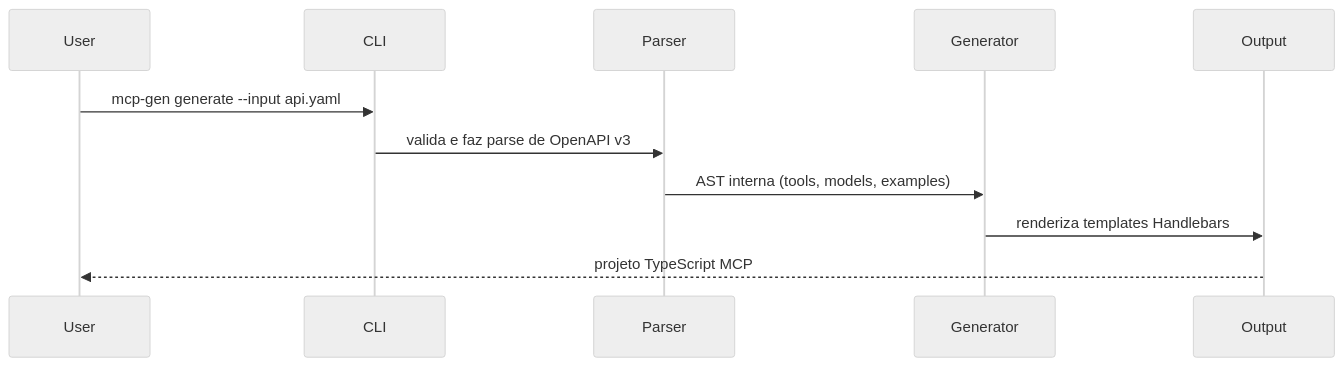
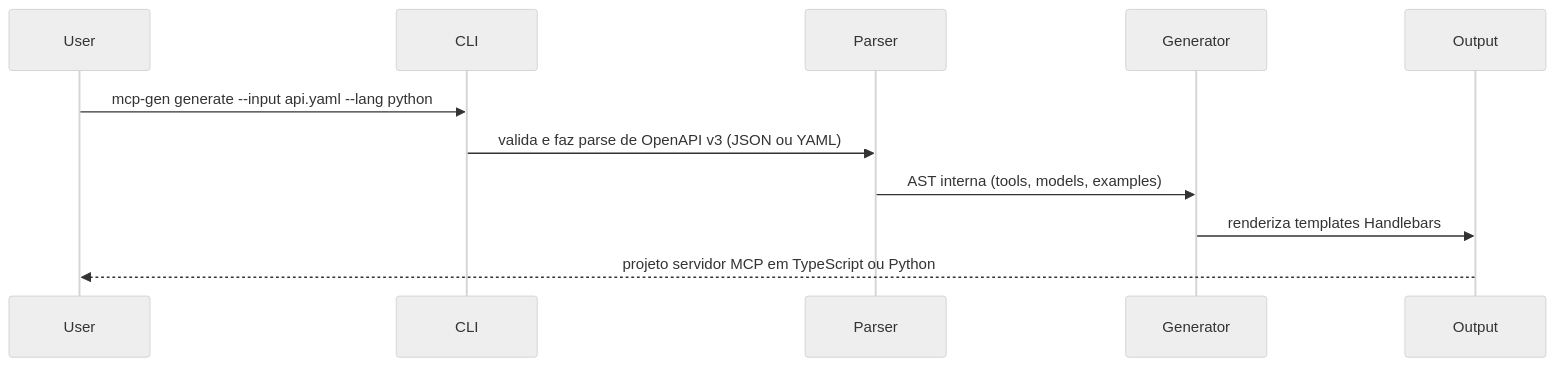
One commit to ChristopherDond/MCP-Generator changed the diagram in README.pt-BR.md. Above: the diagram before and after it, drawn with Mermaid (neutral theme). The commit also changed other lines of this file, not shown here.

````diff
--- a/README.pt-BR.md
+++ b/README.pt-BR.md
@@ -25,14 +23,14 @@
 ```mermaid
 sequenceDiagram
     participant User
     participant CLI
     participant Parser
     participant Generator
     participant Output
 
-    User->>CLI: mcp-gen generate --input api.yaml
-    CLI->>Parser: valida e faz parse de OpenAPI v3
+    User->>CLI: mcp-gen generate --input api.yaml --lang python
+    CLI->>Parser: valida e faz parse de OpenAPI v3 (JSON ou YAML)
     Parser->>Generator: AST interna (tools, models, examples)
     Generator->>Output: renderiza templates Handlebars
-    Output-->>User: projeto TypeScript MCP
+    Output-->>User: projeto servidor MCP em TypeScript ou Python
 ```
````
